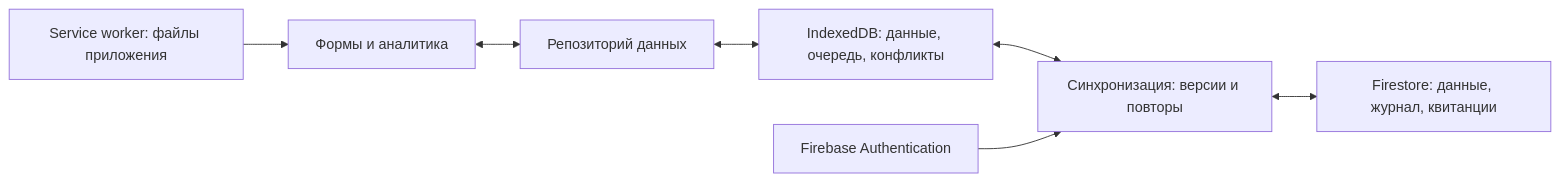
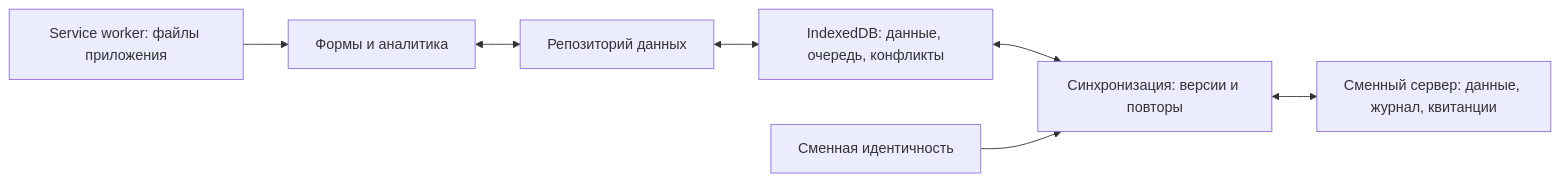
Before and after one commit to TroyDiFlex/travert: the diagram in docs/finance-v2.md, drawn with Mermaid. The commit also changed other lines of this file and 7 other files, not shown here.

````diff
--- a/docs/finance-v2.md
+++ b/docs/finance-v2.md
@@ -46,9 +42,9 @@
 ```mermaid
 flowchart LR
   UI["Формы и аналитика"] <--> R["Репозиторий данных"]
   R <--> DB["IndexedDB: данные, очередь, конфликты"]
   DB <--> SYNC["Синхронизация: версии и повторы"]
-  SYNC <--> FS["Firestore: данные, журнал, квитанции"]
-  AUTH["Firebase Authentication"] --> SYNC
+  SYNC <--> REMOTE["Сменный сервер: данные, журнал, квитанции"]
+  AUTH["Сменная идентичность"] --> SYNC
   SW["Service worker: файлы приложения"] --> UI
 ```
````
